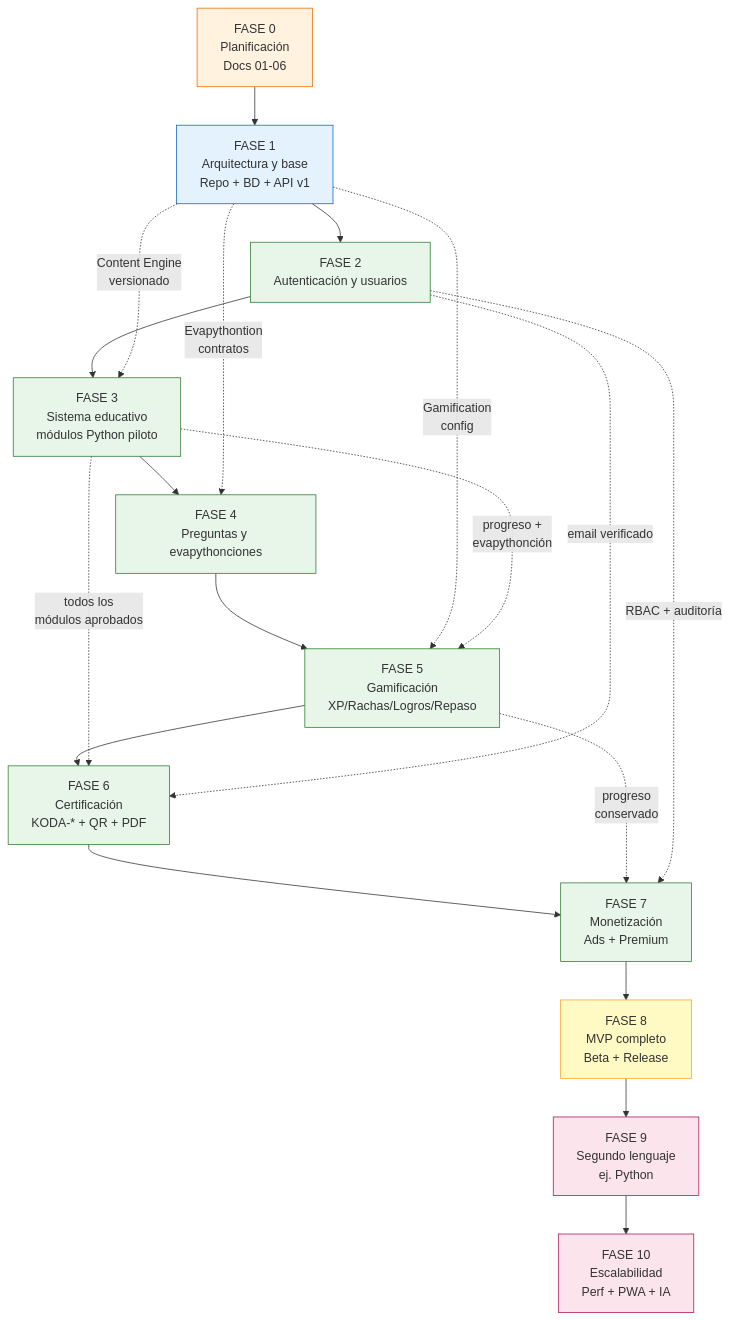
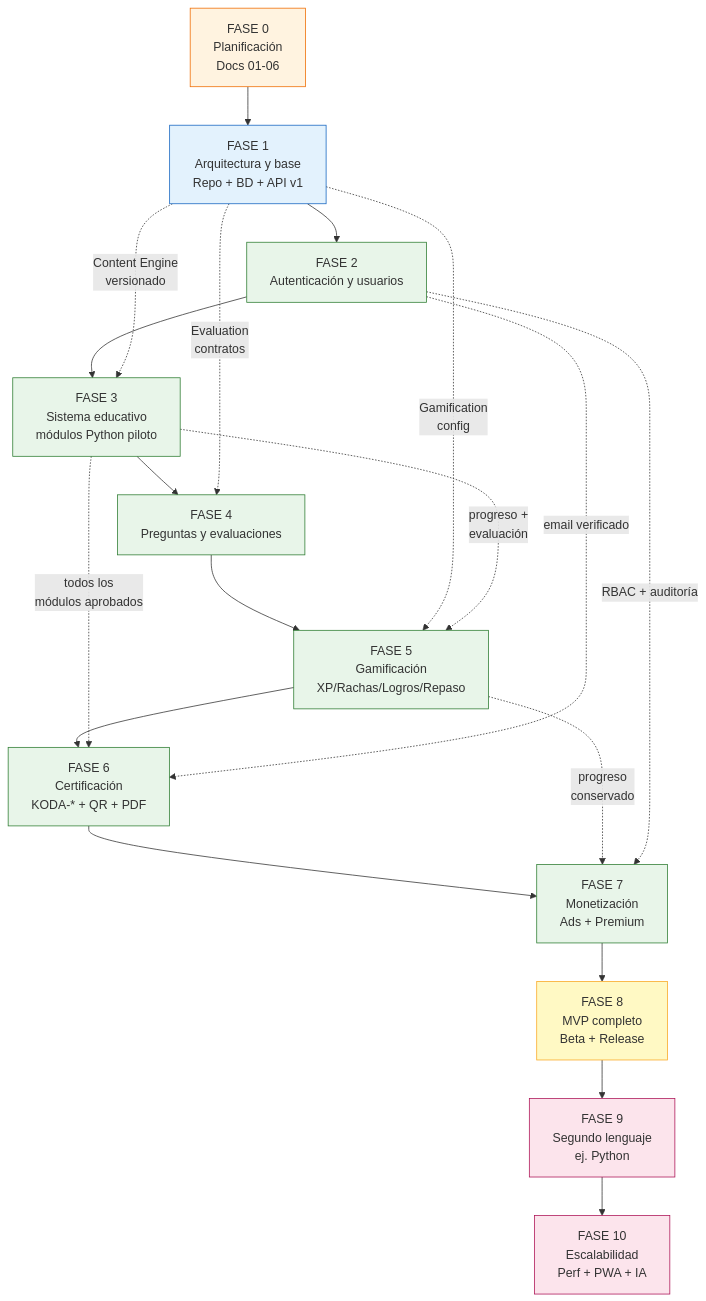
Before and after one commit to dypok/Koda: the first of 2 diagrams in docs/01-producto-negocio/22_ROADMAP.md, drawn with Mermaid. The commit also changed other lines of this file and 36 other files, not shown here.

````diff
--- a/docs/01-producto-negocio/22_ROADMAP.md
+++ b/docs/01-producto-negocio/22_ROADMAP.md
@@ -44,46 +44,46 @@
 ```mermaid
 flowchart TB
     F0["FASE 0<br/>Planificación<br/>Docs 01-06"]
     F1["FASE 1<br/>Arquitectura y base<br/>Repo + BD + API v1"]
     F2["FASE 2<br/>Autenticación y usuarios"]
     F3["FASE 3<br/>Sistema educativo<br/>módulos Python piloto"]
-    F4["FASE 4<br/>Preguntas y evapythonciones"]
+    F4["FASE 4<br/>Preguntas y evaluaciones"]
     F5["FASE 5<br/>Gamificación<br/>XP/Rachas/Logros/Repaso"]
     F6["FASE 6<br/>Certificación<br/>KODA-* + QR + PDF"]
     F7["FASE 7<br/>Monetización<br/>Ads + Premium"]
     F8["FASE 8<br/>MVP completo<br/>Beta + Release"]
     F9["FASE 9<br/>Segundo lenguaje<br/>ej. Python"]
     F10["FASE 10<br/>Escalabilidad<br/>Perf + PWA + IA"]
 
     F0 --> F1
     F1 --> F2
     F2 --> F3
     F3 --> F4
     F4 --> F5
     F5 --> F6
     F6 --> F7
     F7 --> F8
     F8 --> F9
     F9 --> F10
 
     %% Dependencias transversales
     F1 -.->|Content Engine<br/>versionado| F3
-    F1 -.->|Evapythontion<br/>contratos| F4
+    F1 -.->|Evaluation<br/>contratos| F4
     F1 -.->|Gamification<br/>config| F5
-    F3 -.->|progreso +<br/>evapythonción| F5
+    F3 -.->|progreso +<br/>evaluación| F5
     F3 -.->|todos los<br/>módulos aprobados| F6
     F5 -.->|progreso<br/>conservado| F7
     F2 -.->|email verificado| F6
     F2 -.->|RBAC + auditoría| F7
 
     classDef plan fill:#fff3e0,stroke:#ef6c00
     classDef base fill:#e3f2fd,stroke:#1565c0
     classDef mvp fill:#e8f5e9,stroke:#2e7d32
     classDef post fill:#fce4ec,stroke:#ad1457
     classDef release fill:#fff9c4,stroke:#f9a825
     class F0 plan
     class F1 base
     class F2,F3,F4,F5,F6,F7 mvp
     class F8 release
     class F9,F10 post
 ```
````
